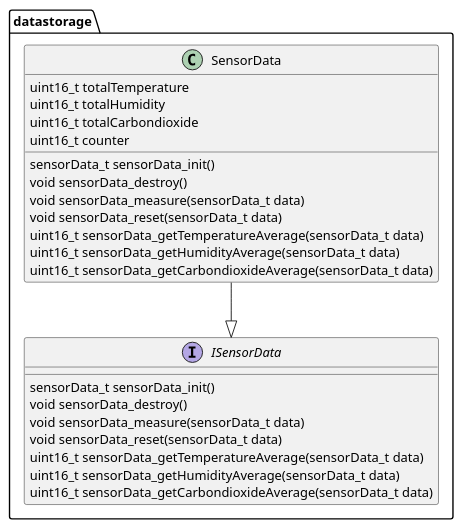
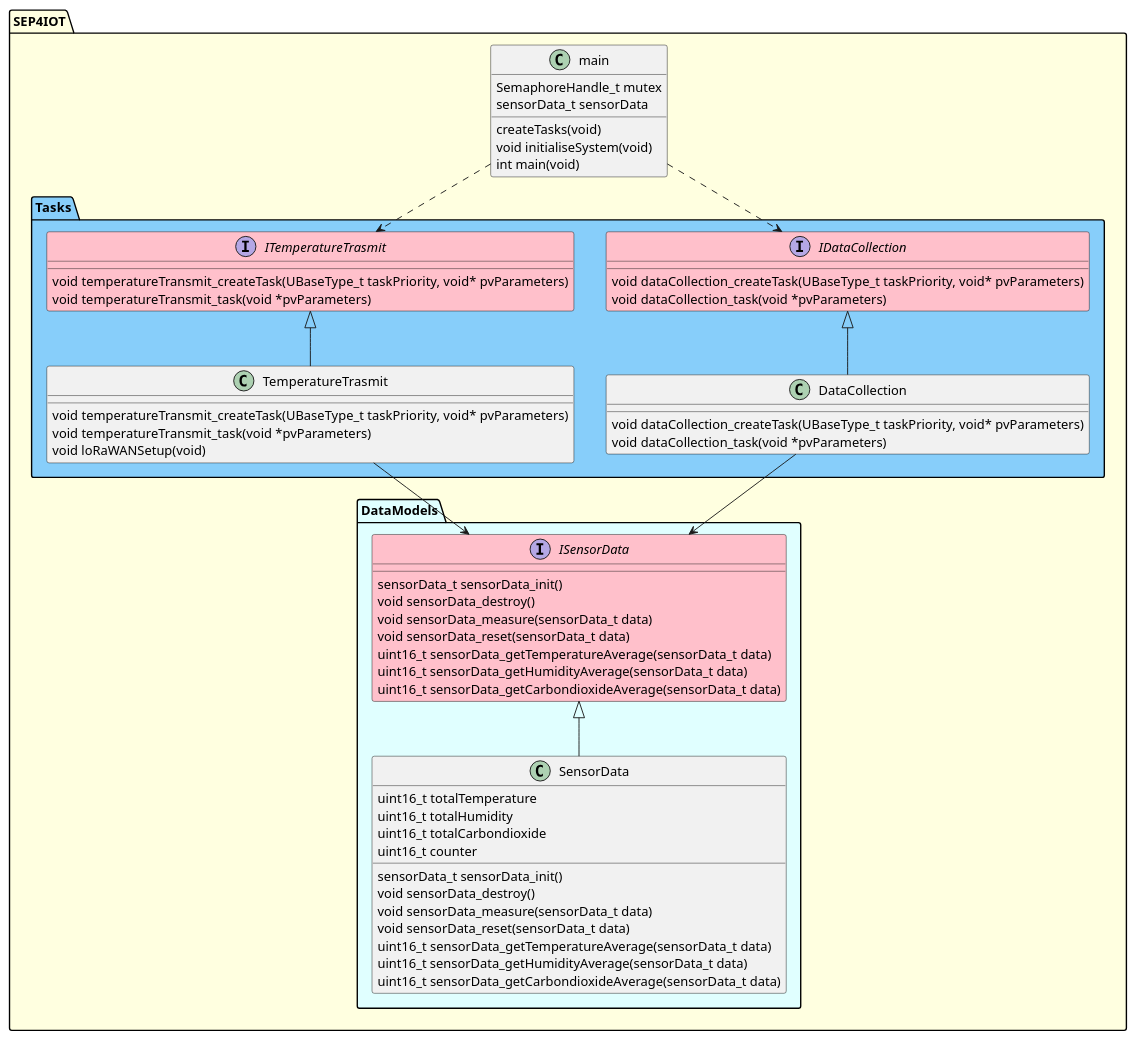
The diagram in SEP4-IOT/PlantUML/classDiagram.puml (SEP4-DK1/SEP4-IOT), drawn with PlantUML before and after one commit.

Commit message:
Update classDiagram.puml
- class diagram has been updated to match source

```diff
--- a/SEP4-IOT/PlantUML/classDiagram.puml
+++ b/SEP4-IOT/PlantUML/classDiagram.puml
@@ -1,28 +1,68 @@
 @startuml ClassDiagram
-namespace datastorage {
-    interface ISensorData{
-        {method} sensorData_t sensorData_init()
-        {method} void sensorData_destroy()
-        {method} void sensorData_measure(sensorData_t data)
-        {method} void sensorData_reset(sensorData_t data)
-        {method} uint16_t sensorData_getTemperatureAverage(sensorData_t data)
-        {method} uint16_t sensorData_getHumidityAverage(sensorData_t data)
-        {method} uint16_t sensorData_getCarbondioxideAverage(sensorData_t data)
+namespace SEP4IOT #LightYellow {
+    class main {
+        {field} SemaphoreHandle_t mutex
+        {field} sensorData_t sensorData
+        {method} createTasks(void)
+        {method} void initialiseSystem(void)
+        {method} int main(void)
     }
-    
-    class SensorData {
-        {field} uint16_t totalTemperature
-        {field} uint16_t totalHumidity
-        {field} uint16_t totalCarbondioxide
-        {field} uint16_t counter
-        {method} sensorData_t sensorData_init()
-        {method} void sensorData_destroy()
-        {method} void sensorData_measure(sensorData_t data)
-        {method} void sensorData_reset(sensorData_t data)
-        {method} uint16_t sensorData_getTemperatureAverage(sensorData_t data)
-        {method} uint16_t sensorData_getHumidityAverage(sensorData_t data)
-        {method} uint16_t sensorData_getCarbondioxideAverage(sensorData_t data)
+
+    namespace DataModels #LightCyan {
+        interface ISensorData #Pink {
+            {method} sensorData_t sensorData_init()
+            {method} void sensorData_destroy()
+            {method} void sensorData_measure(sensorData_t data)
+            {method} void sensorData_reset(sensorData_t data)
+            {method} uint16_t sensorData_getTemperatureAverage(sensorData_t data)
+            {method} uint16_t sensorData_getHumidityAverage(sensorData_t data)
+            {method} uint16_t sensorData_getCarbondioxideAverage(sensorData_t data)
+        }
+        
+        class SensorData {
+            {field} uint16_t totalTemperature
+            {field} uint16_t totalHumidity
+            {field} uint16_t totalCarbondioxide
+            {field} uint16_t counter
+            {method} sensorData_t sensorData_init()
+            {method} void sensorData_destroy()
+            {method} void sensorData_measure(sensorData_t data)
+            {method} void sensorData_reset(sensorData_t data)
+            {method} uint16_t sensorData_getTemperatureAverage(sensorData_t data)
+            {method} uint16_t sensorData_getHumidityAverage(sensorData_t data)
+            {method} uint16_t sensorData_getCarbondioxideAverage(sensorData_t data)
+        }
+        ISensorData <|-- SensorData
     }
-    SensorData --|> ISensorData
+    namespace Tasks #LightSkyBlue {
+        interface IDataCollection #Pink {
+            {method} void dataCollection_createTask(UBaseType_t taskPriority, void* pvParameters)
+            {method} void dataCollection_task(void *pvParameters)
+        }
+
+        class DataCollection{
+            {method} void dataCollection_createTask(UBaseType_t taskPriority, void* pvParameters)
+            {method} void dataCollection_task(void *pvParameters)
+        }
+
+        interface ITemperatureTrasmit #Pink {
+            {method} void temperatureTransmit_createTask(UBaseType_t taskPriority, void* pvParameters)
+            {method} void temperatureTransmit_task(void *pvParameters)
+        }
+
+        class TemperatureTrasmit {
+            {method} void temperatureTransmit_createTask(UBaseType_t taskPriority, void* pvParameters)
+            {method} void temperatureTransmit_task(void *pvParameters)
+            {method} void loRaWANSetup(void)
+        }
+
+        ITemperatureTrasmit <|-- TemperatureTrasmit
+        IDataCollection <|-- DataCollection
+    }
+
+    SEP4IOT.main ..> SEP4IOT.Tasks.ITemperatureTrasmit
+    SEP4IOT.main ..> SEP4IOT.Tasks.IDataCollection
+    SEP4IOT.Tasks.TemperatureTrasmit --> SEP4IOT.DataModels.ISensorData
+    SEP4IOT.Tasks.DataCollection --> SEP4IOT.DataModels.ISensorData
 }
 @enduml
```
